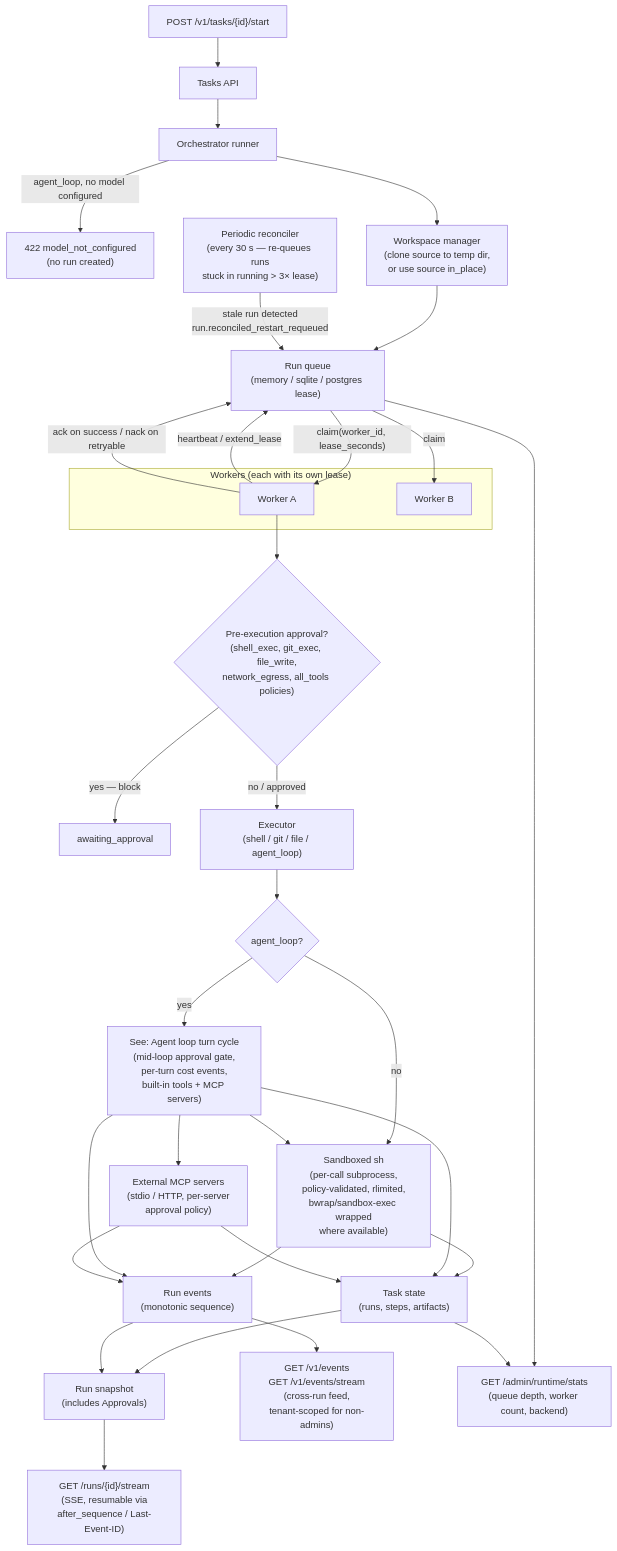
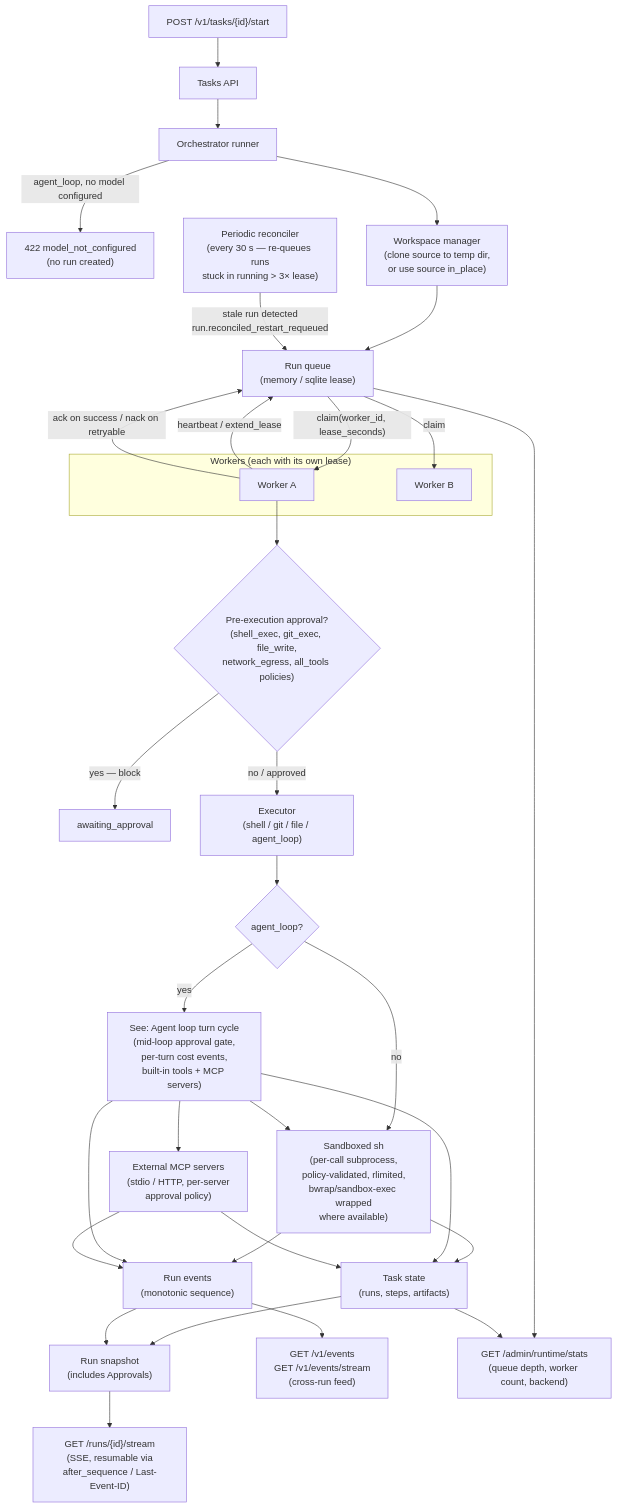
The second of 3 diagrams in docs/architecture.md (hecatehq/hecate), drawn with Mermaid before and after one commit. The commit also changed other lines of this file and 32 other files, not shown here.

````diff
--- a/docs/architecture.md
+++ b/docs/architecture.md
@@ -59,47 +53,47 @@
 ```mermaid
 flowchart TD
     Caller["POST /v1/tasks/{id}/start"] --> TasksApi["Tasks API"]
     TasksApi --> Runner["Orchestrator runner"]
     Runner -->|"agent_loop, no model configured"| ErrModel["422 model_not_configured<br/>(no run created)"]
     Runner --> Workspace["Workspace manager<br/>(clone source to temp dir,<br/>or use source in_place)"]
-    Workspace --> Queue["Run queue<br/>(memory / sqlite / postgres lease)"]
+    Workspace --> Queue["Run queue<br/>(memory / sqlite lease)"]
 
     Reconciler["Periodic reconciler<br/>(every 30 s — re-queues runs<br/>stuck in running > 3× lease)"]
     Reconciler -->|"stale run detected<br/>run.reconciled_restart_requeued"| Queue
 
     subgraph Workers["Workers (each with its own lease)"]
         WorkerA["Worker A"]
         WorkerB["Worker B"]
     end
 
     Queue -->|"claim(worker_id, lease_seconds)"| WorkerA
     Queue -->|"claim"| WorkerB
     WorkerA -->|"heartbeat / extend_lease"| Queue
     WorkerA -->|"ack on success / nack on retryable"| Queue
 
     WorkerA --> PreApproval{"Pre-execution approval?<br/>(shell_exec, git_exec, file_write,<br/>network_egress, all_tools policies)"}
     PreApproval -->|"yes — block"| Pending["awaiting_approval"]
     PreApproval -->|"no / approved"| Executor
 
     Executor["Executor<br/>(shell / git / file / agent_loop)"]
     Executor --> AgentLoop{"agent_loop?"}
     AgentLoop -->|"yes"| LoopRef["See: Agent loop turn cycle<br/>(mid-loop approval gate,<br/>per-turn cost events,<br/>built-in tools + MCP servers)"]
     AgentLoop -->|"no"| Sandbox["Sandboxed sh<br/>(per-call subprocess,<br/>policy-validated, rlimited,<br/>bwrap/sandbox-exec wrapped<br/>where available)"]
     LoopRef --> Sandbox
     LoopRef --> McpServers["External MCP servers<br/>(stdio / HTTP, per-server<br/>approval policy)"]
 
     Sandbox --> State["Task state<br/>(runs, steps, artifacts)"]
     LoopRef --> State
     McpServers --> State
     Sandbox --> RunEvents["Run events<br/>(monotonic sequence)"]
     LoopRef --> RunEvents
     McpServers --> RunEvents
 
     State --> Snapshot["Run snapshot<br/>(includes Approvals)"]
     RunEvents --> Snapshot
     Snapshot --> Stream["GET /runs/{id}/stream<br/>(SSE, resumable via<br/>after_sequence / Last-Event-ID)"]
-    RunEvents --> PublicEvents["GET /v1/events<br/>GET /v1/events/stream<br/>(cross-run feed,<br/>tenant-scoped for non-admins)"]
+    RunEvents --> PublicEvents["GET /v1/events<br/>GET /v1/events/stream<br/>(cross-run feed)"]
 
     Queue --> Stats["GET /admin/runtime/stats<br/>(queue depth, worker count, backend)"]
     State --> Stats
 ```
````
